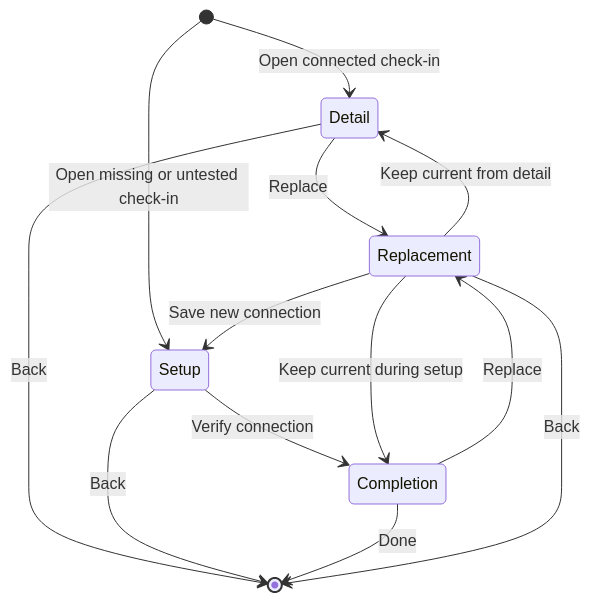
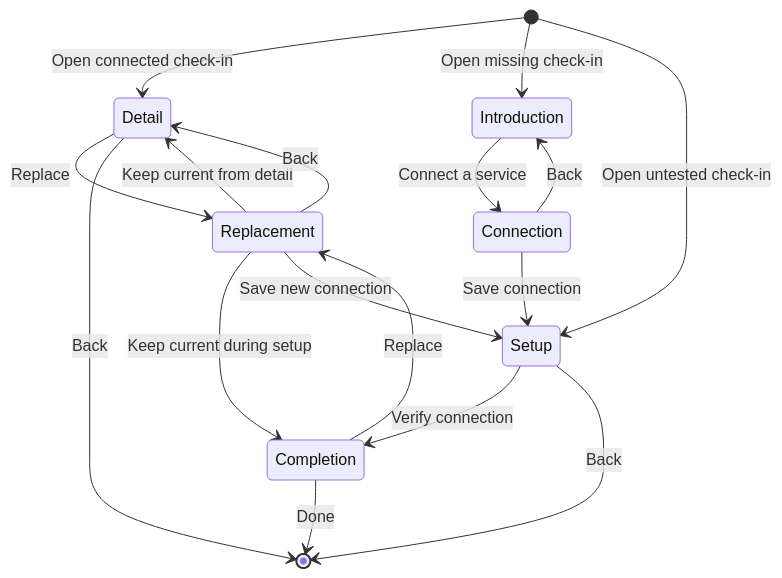
One commit to TheHypertextStudio/curfew-android changed the diagram in docs/DESIGN.md. Above: the diagram before and after it, drawn with Mermaid. The commit also changed other lines of this file and 31 other files, not shown here.

````diff
--- a/docs/DESIGN.md
+++ b/docs/DESIGN.md
@@ -132,15 +133,19 @@
 ```mermaid
 stateDiagram-v2
     [*] --> Detail: Open connected check-in
-    [*] --> Setup: Open missing or untested check-in
+    [*] --> Introduction: Open missing check-in
+    [*] --> Setup: Open untested check-in
+    Introduction --> Connection: Connect a service
+    Connection --> Introduction: Back
+    Connection --> Setup: Save connection
     Setup --> Completion: Verify connection
     Detail --> Replacement: Replace
     Completion --> Replacement: Replace
     Replacement --> Detail: Keep current from detail
     Replacement --> Completion: Keep current during setup
     Replacement --> Setup: Save new connection
     Detail --> [*]: Back
     Setup --> [*]: Back
     Completion --> [*]: Done
-    Replacement --> [*]: Back
+    Replacement --> Detail: Back
 ```
````
